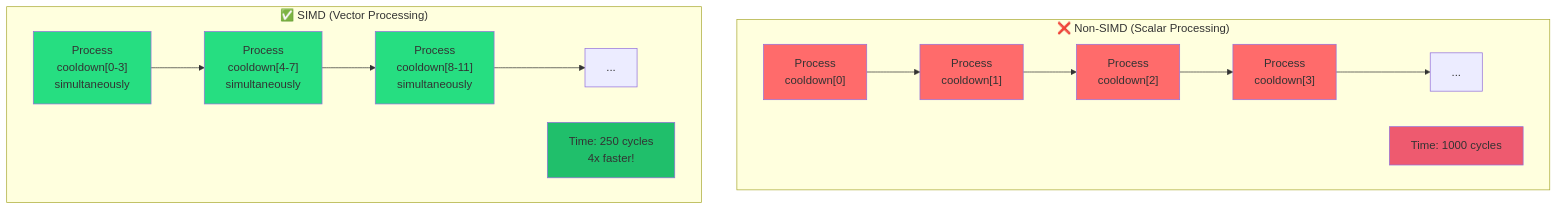
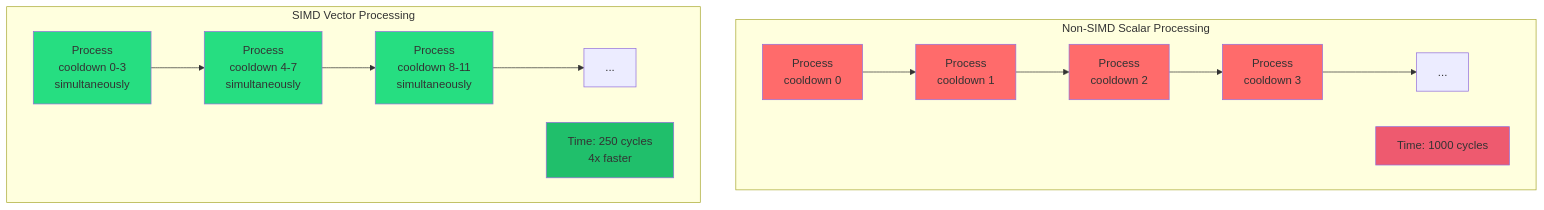
One commit to IAFahim/data-oriented-design-standards changed the seventh of 13 diagrams in 01-the-golden-rule.md. Above: the diagram before and after it, drawn with Mermaid. The commit also changed other lines of this file and 1 other file, not shown here.

````diff
--- a/01-the-golden-rule.md
+++ b/01-the-golden-rule.md
@@ -628,32 +628,32 @@
 ```mermaid
 graph TB
-    subgraph "❌ Non-SIMD (Scalar Processing)"
+    subgraph "Non-SIMD Scalar Processing"
         direction LR
-        S1["Process<br/>cooldown[0]"] --> S2["Process<br/>cooldown[1]"]
-        S2 --> S3["Process<br/>cooldown[2]"]
-        S3 --> S4["Process<br/>cooldown[3]"]
+        S1["Process<br/>cooldown 0"] --> S2["Process<br/>cooldown 1"]
+        S2 --> S3["Process<br/>cooldown 2"]
+        S3 --> S4["Process<br/>cooldown 3"]
         S4 --> S5["..."]
         
         TIME1["Time: 1000 cycles"]
     end
     
-    subgraph "✅ SIMD (Vector Processing)"
+    subgraph "SIMD Vector Processing"
         direction LR
-        V1["Process<br/>cooldown[0-3]<br/>simultaneously"] --> V2["Process<br/>cooldown[4-7]<br/>simultaneously"]
-        V2 --> V3["Process<br/>cooldown[8-11]<br/>simultaneously"]
+        V1["Process<br/>cooldown 0-3<br/>simultaneously"] --> V2["Process<br/>cooldown 4-7<br/>simultaneously"]
+        V2 --> V3["Process<br/>cooldown 8-11<br/>simultaneously"]
         V3 --> V4["..."]
         
-        TIME2["Time: 250 cycles<br/>4x faster!"]
+        TIME2["Time: 250 cycles<br/>4x faster"]
     end
     
     style S1 fill:#ff6b6b
     style S2 fill:#ff6b6b
     style S3 fill:#ff6b6b
     style S4 fill:#ff6b6b
     style TIME1 fill:#ee5a6f
     
     style V1 fill:#26de81
     style V2 fill:#26de81
     style V3 fill:#26de81
     style TIME2 fill:#20bf6b
 ```
````
